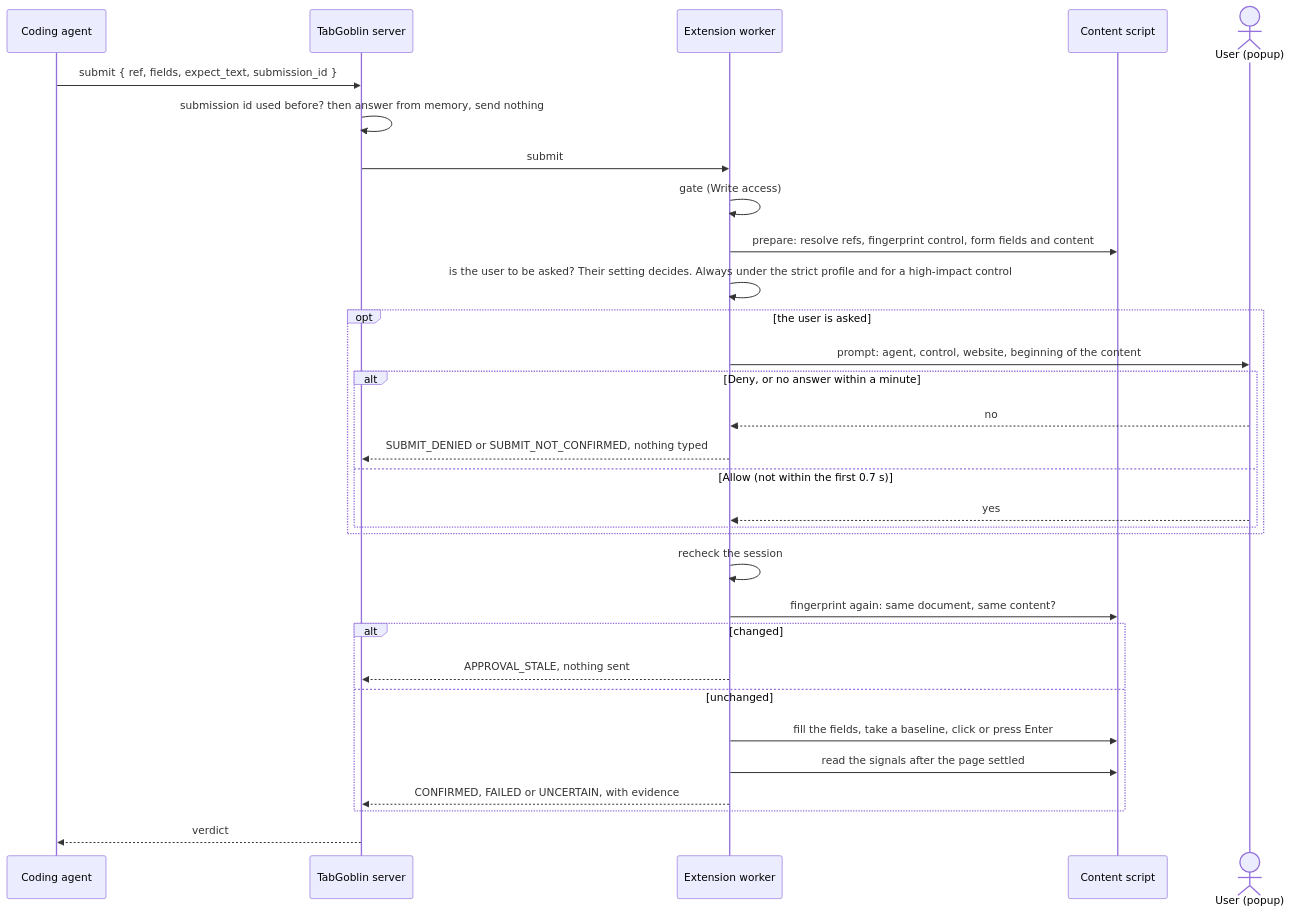
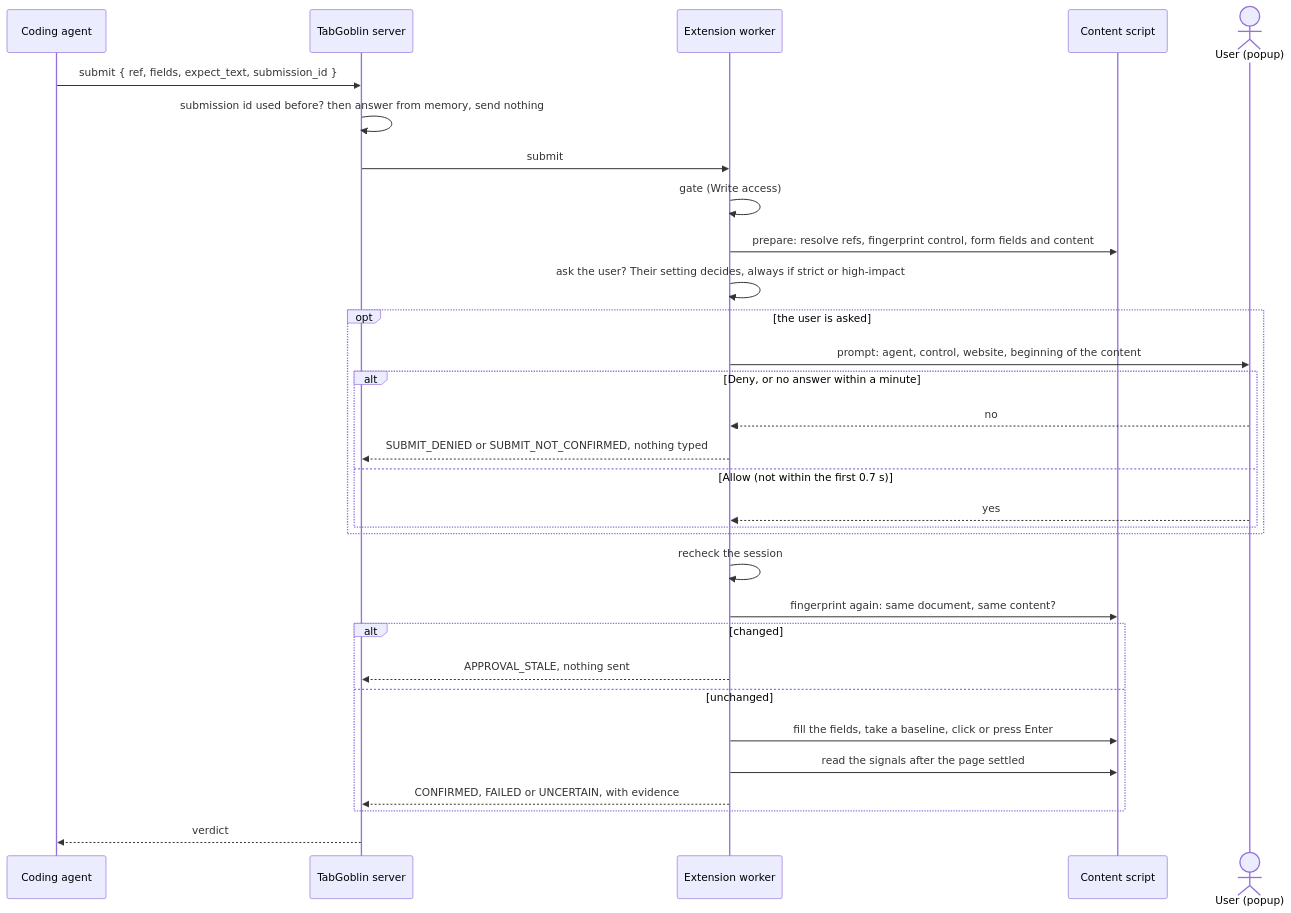
One commit to LaughingManCommits/TabGoblin changed the fourth of 6 diagrams in docs/architecture.md. Above: the diagram before and after it, drawn with Mermaid. The commit also changed other lines of this file and 7 other files, not shown here.

First line of the commit message:
Every diagram looked at again, and what was wrong in them mended

````diff
--- a/docs/architecture.md
+++ b/docs/architecture.md
@@ -330,33 +330,33 @@
 ```mermaid
 sequenceDiagram
   participant A as Coding agent
   participant S as TabGoblin server
   participant B as Extension worker
   participant P as Content script
   actor U as User (popup)
   A->>S: submit { ref, fields, expect_text, submission_id }
   S->>S: submission id used before? then answer from memory, send nothing
   S->>B: submit
   B->>B: gate (Write access)
   B->>P: prepare: resolve refs, fingerprint control, form fields and content
-  B->>B: is the user to be asked? Their setting decides. Always under the strict profile and for a high-impact control
+  B->>B: ask the user? Their setting decides, always if strict or high-impact
   opt the user is asked
     B->>U: prompt: agent, control, website, beginning of the content
     alt Deny, or no answer within a minute
       U-->>B: no
       B-->>S: SUBMIT_DENIED or SUBMIT_NOT_CONFIRMED, nothing typed
     else Allow (not within the first 0.7 s)
       U-->>B: yes
     end
   end
   B->>B: recheck the session
   B->>P: fingerprint again: same document, same content?
   alt changed
     B-->>S: APPROVAL_STALE, nothing sent
   else unchanged
     B->>P: fill the fields, take a baseline, click or press Enter
     B->>P: read the signals after the page settled
     B-->>S: CONFIRMED, FAILED or UNCERTAIN, with evidence
   end
   S-->>A: verdict
 ```
````
